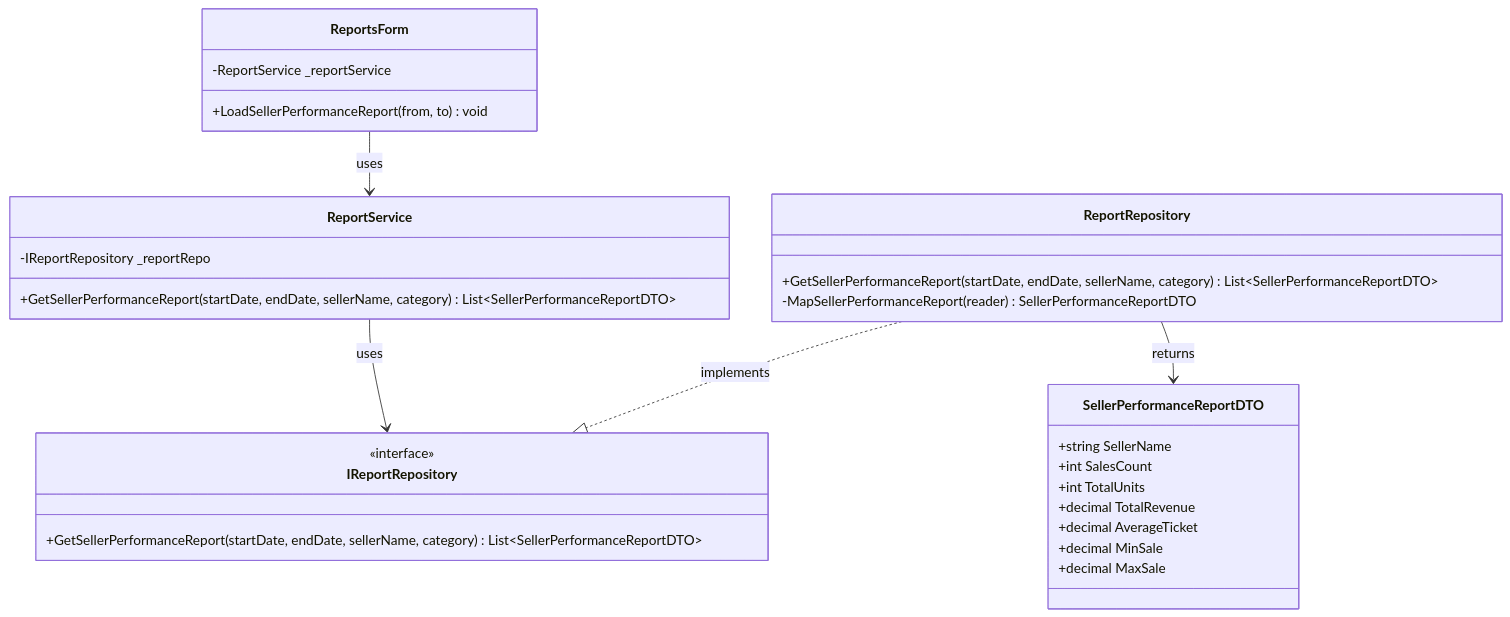
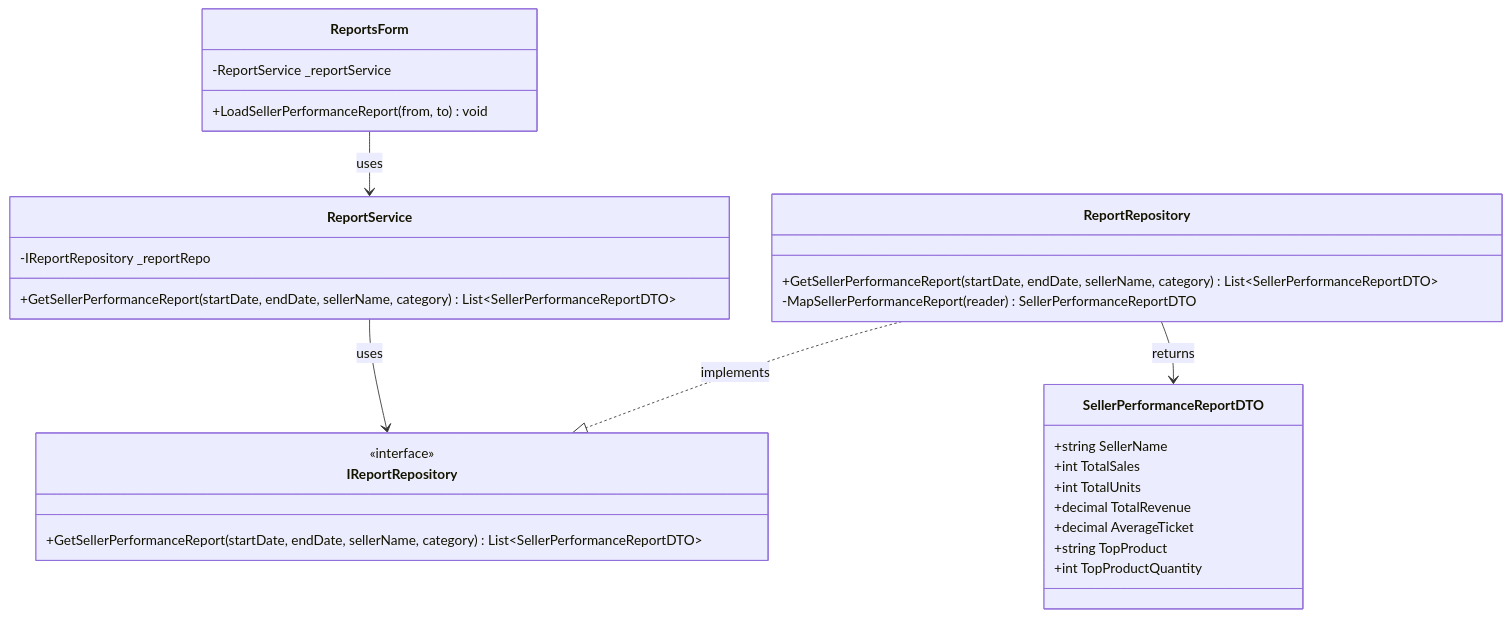
Before and after one commit to nahuk86/tp_diploma_nk_2026: the sixth of 7 diagrams in Documentation/UML_Diagrams/09_Reports_Management_Process_Class_Diagram.md, drawn with Mermaid. The commit also changed other lines of this file and 4 other files, not shown here.

Commit message:
Update UML diagrams 08-12 to reflect actual implementation

````diff
--- a/Documentation/UML_Diagrams/09_Reports_Management_Process_Class_Diagram.md
+++ b/Documentation/UML_Diagrams/09_Reports_Management_Process_Class_Diagram.md
@@ -226,37 +231,37 @@
 ```mermaid
 classDiagram
     class ReportsForm {
         -ReportService _reportService
         +LoadSellerPerformanceReport(from, to) void
     }
 
     class ReportService {
         -IReportRepository _reportRepo
         +GetSellerPerformanceReport(startDate, endDate, sellerName, category) List~SellerPerformanceReportDTO~
     }
 
     class IReportRepository {
         <<interface>>
         +GetSellerPerformanceReport(startDate, endDate, sellerName, category) List~SellerPerformanceReportDTO~
     }
 
     class ReportRepository {
         +GetSellerPerformanceReport(startDate, endDate, sellerName, category) List~SellerPerformanceReportDTO~
         -MapSellerPerformanceReport(reader) SellerPerformanceReportDTO
     }
 
     class SellerPerformanceReportDTO {
         +string SellerName
-        +int SalesCount
+        +int TotalSales
         +int TotalUnits
         +decimal TotalRevenue
         +decimal AverageTicket
-        +decimal MinSale
-        +decimal MaxSale
+        +string TopProduct
+        +int TopProductQuantity
     }
 
     ReportsForm --> ReportService : uses
     ReportService --> IReportRepository : uses
     ReportRepository ..|> IReportRepository : implements
     ReportRepository --> SellerPerformanceReportDTO : returns
 ```
````
